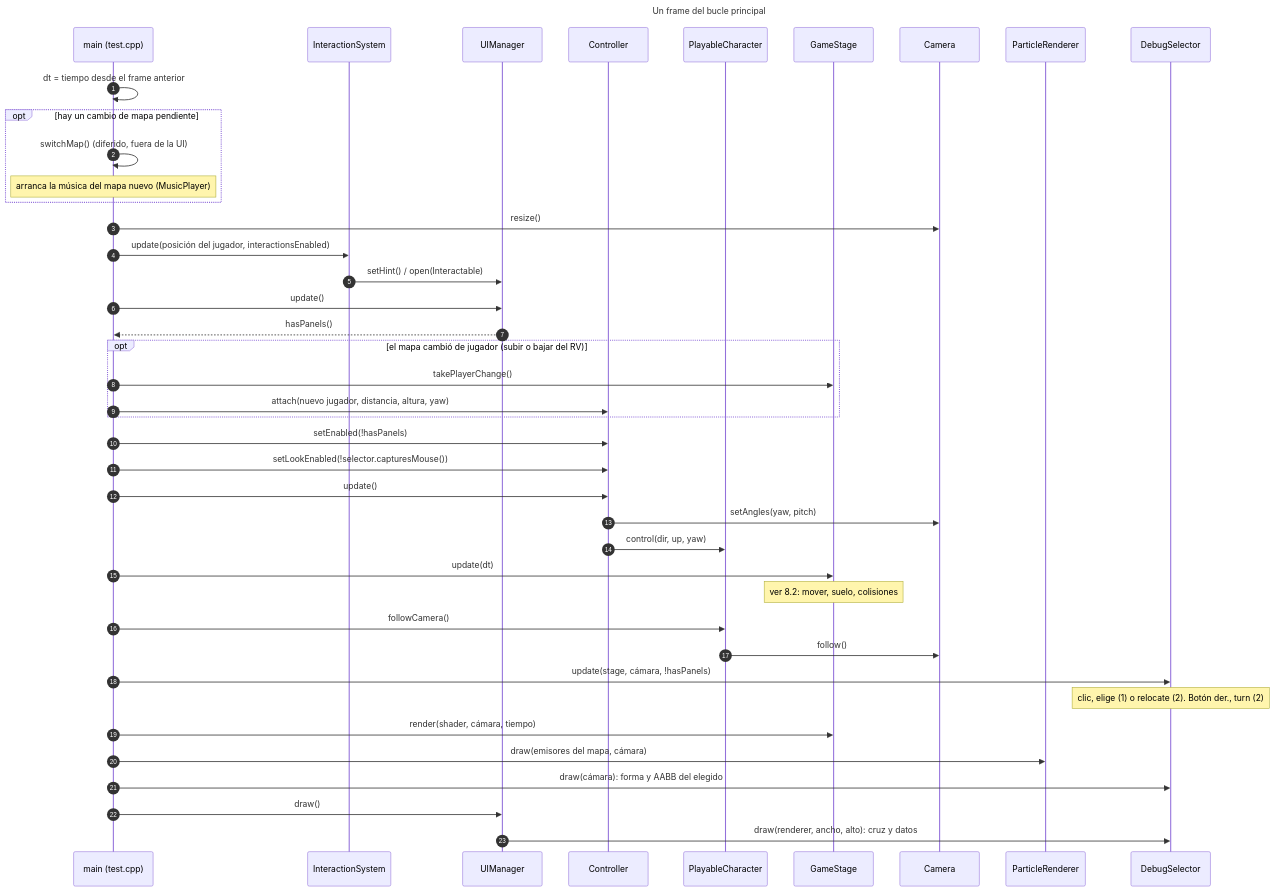
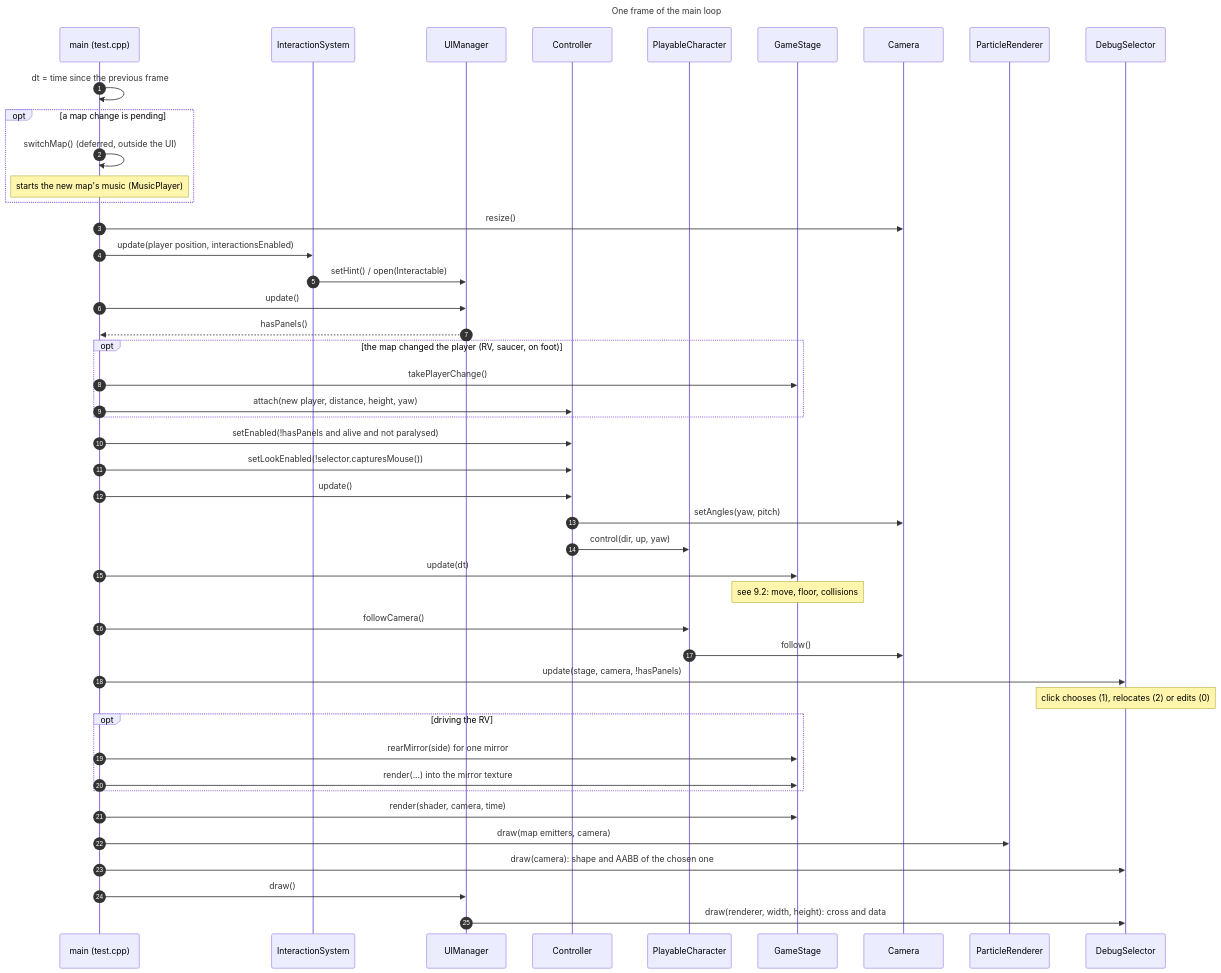
One commit to Joselitus/3Dengine changed the ninth of 12 diagrams in docs/UML.md. Above: the diagram before and after it, drawn with Mermaid. The commit also changed other lines of this file and 7 other files, not shown here.

````diff
--- a/docs/UML.md
+++ b/docs/UML.md
@@ -1197,47 +1458,51 @@
 ```mermaid
 ---
-title: Un frame del bucle principal
+title: One frame of the main loop
 ---
 sequenceDiagram
     autonumber
     participant M as main (test.cpp)
     participant I as InteractionSystem
     participant U as UIManager
     participant C as Controller
     participant P as PlayableCharacter
     participant S as GameStage
     participant K as Camera
     participant R as ParticleRenderer
     participant D as DebugSelector
 
-    M->>M: dt = tiempo desde el frame anterior
-    opt hay un cambio de mapa pendiente
-        M->>M: switchMap() (diferido, fuera de la UI)
-        Note over M: arranca la música del mapa nuevo (MusicPlayer)
+    M->>M: dt = time since the previous frame
+    opt a map change is pending
+        M->>M: switchMap() (deferred, outside the UI)
+        Note over M: starts the new map's music (MusicPlayer)
     end
     M->>K: resize()
-    M->>I: update(posición del jugador, interactionsEnabled)
+    M->>I: update(player position, interactionsEnabled)
     I->>U: setHint() / open(Interactable)
     M->>U: update()
     U-->>M: hasPanels()
-    opt el mapa cambió de jugador (subir o bajar del RV)
+    opt the map changed the player (RV, saucer, on foot)
         M->>S: takePlayerChange()
-        M->>C: attach(nuevo jugador, distancia, altura, yaw)
+        M->>C: attach(new player, distance, height, yaw)
     end
-    M->>C: setEnabled(!hasPanels)
+    M->>C: setEnabled(!hasPanels and alive and not paralysed)
     M->>C: setLookEnabled(!selector.capturesMouse())
     M->>C: update()
     C->>K: setAngles(yaw, pitch)
     C->>P: control(dir, up, yaw)
     M->>S: update(dt)
-    Note over S: ver 8.2: mover, suelo, colisiones
+    Note over S: see 9.2: move, floor, collisions
     M->>P: followCamera()
     P->>K: follow()
-    M->>D: update(stage, cámara, !hasPanels)
-    Note over D: clic, elige (1) o relocate (2). Botón der., turn (2)
-    M->>S: render(shader, cámara, tiempo)
-    M->>R: draw(emisores del mapa, cámara)
-    M->>D: draw(cámara): forma y AABB del elegido
+    M->>D: update(stage, camera, !hasPanels)
+    Note over D: click chooses (1), relocates (2) or edits (0)
+    opt driving the RV
+        M->>S: rearMirror(side) for one mirror
+        M->>S: render(...) into the mirror texture
+    end
+    M->>S: render(shader, camera, time)
+    M->>R: draw(map emitters, camera)
+    M->>D: draw(camera): shape and AABB of the chosen one
     M->>U: draw()
-    U->>D: draw(renderer, ancho, alto): cruz y datos
+    U->>D: draw(renderer, width, height): cross and data
 ```
````
